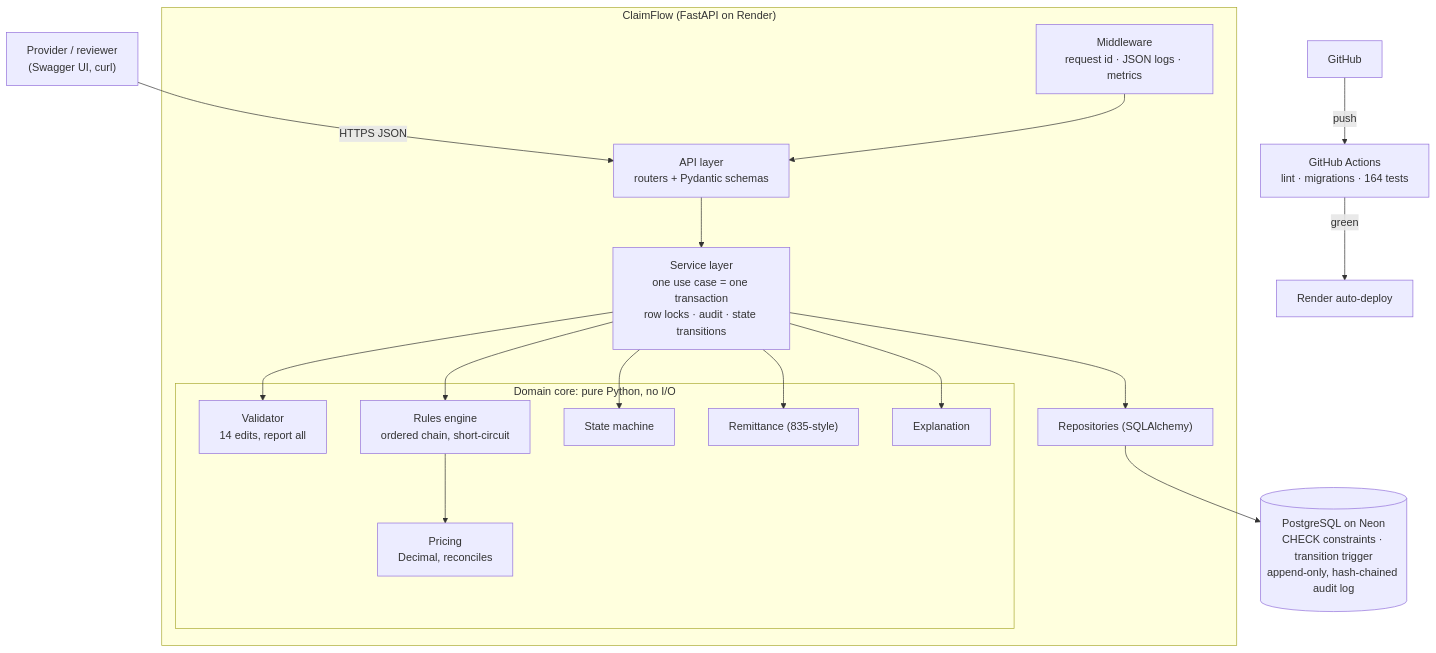
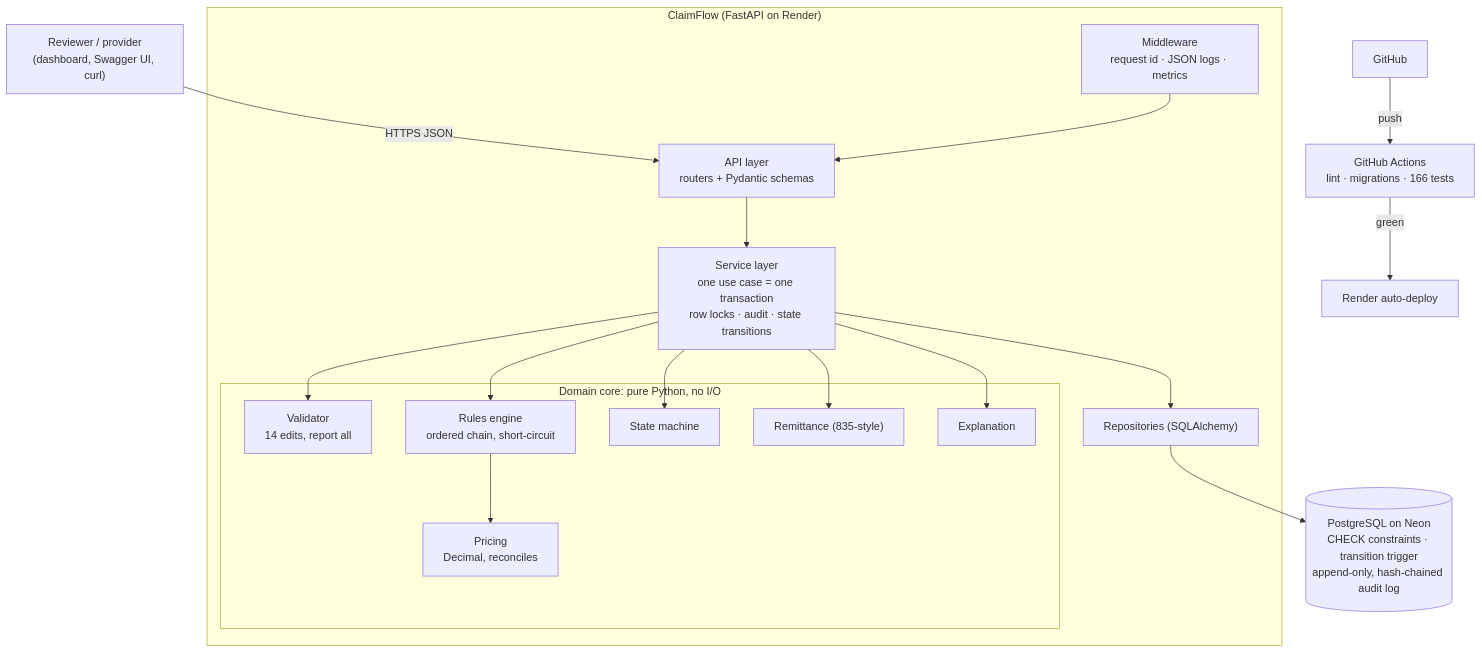
The first of 2 diagrams in README.md (taran050701/claimflow), drawn with Mermaid before and after one commit. The commit also changed other lines of this file and 5 other files, not shown here.

````diff
--- a/README.md
+++ b/README.md
@@ -52,25 +59,25 @@
 ```mermaid
 flowchart TB
-    Client["Provider / reviewer<br/>(Swagger UI, curl)"] -->|HTTPS JSON| API
+    Client["Reviewer / provider<br/>(dashboard, Swagger UI, curl)"] -->|HTTPS JSON| API
 
     subgraph App["ClaimFlow (FastAPI on Render)"]
         MW["Middleware<br/>request id · JSON logs · metrics"]
         API["API layer<br/>routers + Pydantic schemas"]
         SVC["Service layer<br/>one use case = one transaction<br/>row locks · audit · state transitions"]
         subgraph Core["Domain core: pure Python, no I/O"]
             VAL["Validator<br/>14 edits, report all"]
             ENG["Rules engine<br/>ordered chain, short-circuit"]
             PRC["Pricing<br/>Decimal, reconciles"]
             SM["State machine"]
             REM["Remittance (835-style)"]
             EXP["Explanation"]
         end
         REPO["Repositories (SQLAlchemy)"]
     end
 
     MW --> API --> SVC
     SVC --> VAL & ENG & SM & REM & EXP
     ENG --> PRC
     SVC --> REPO --> DB[("PostgreSQL on Neon<br/>CHECK constraints · transition trigger<br/>append-only, hash-chained audit log")]
-    GH["GitHub"] -->|push| CI["GitHub Actions<br/>lint · migrations · 164 tests"] -->|green| Render["Render auto-deploy"]
+    GH["GitHub"] -->|push| CI["GitHub Actions<br/>lint · migrations · 166 tests"] -->|green| Render["Render auto-deploy"]
 ```
````
